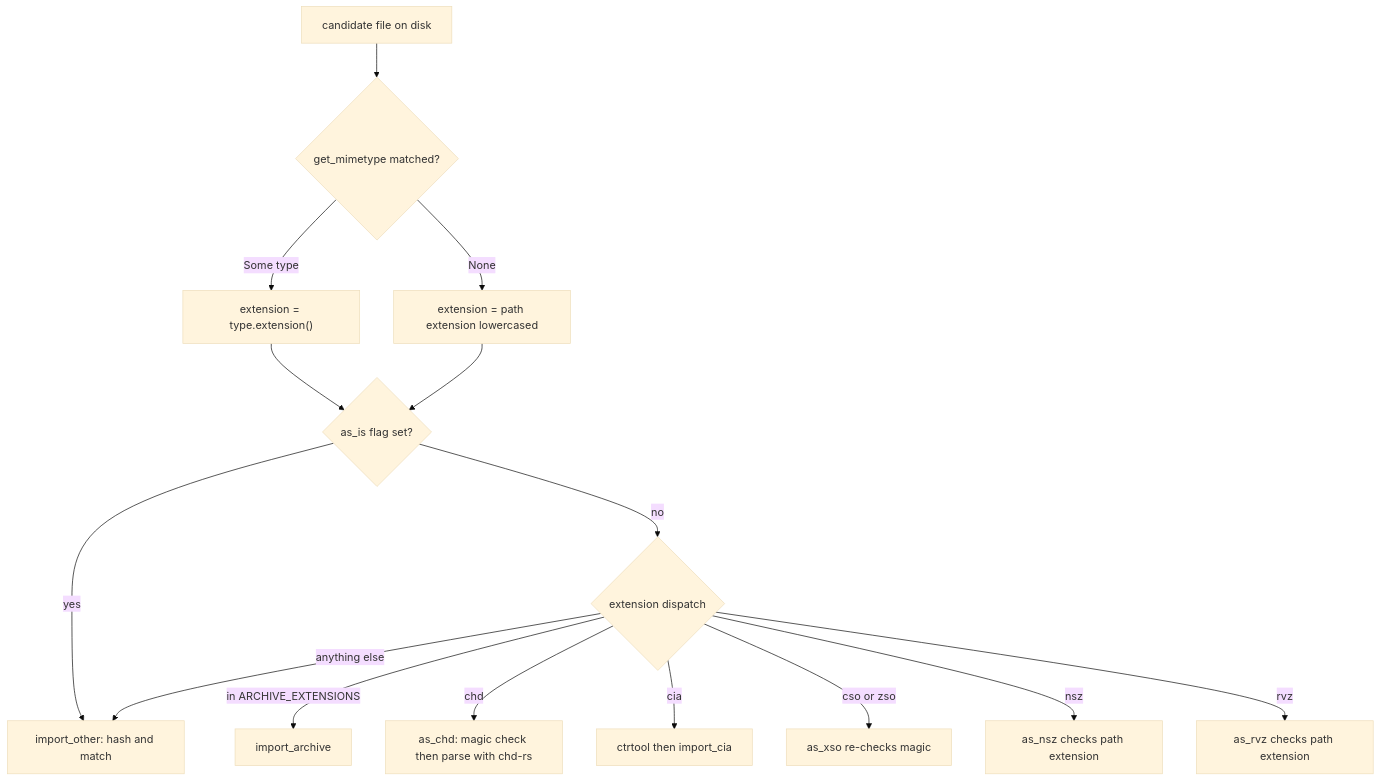
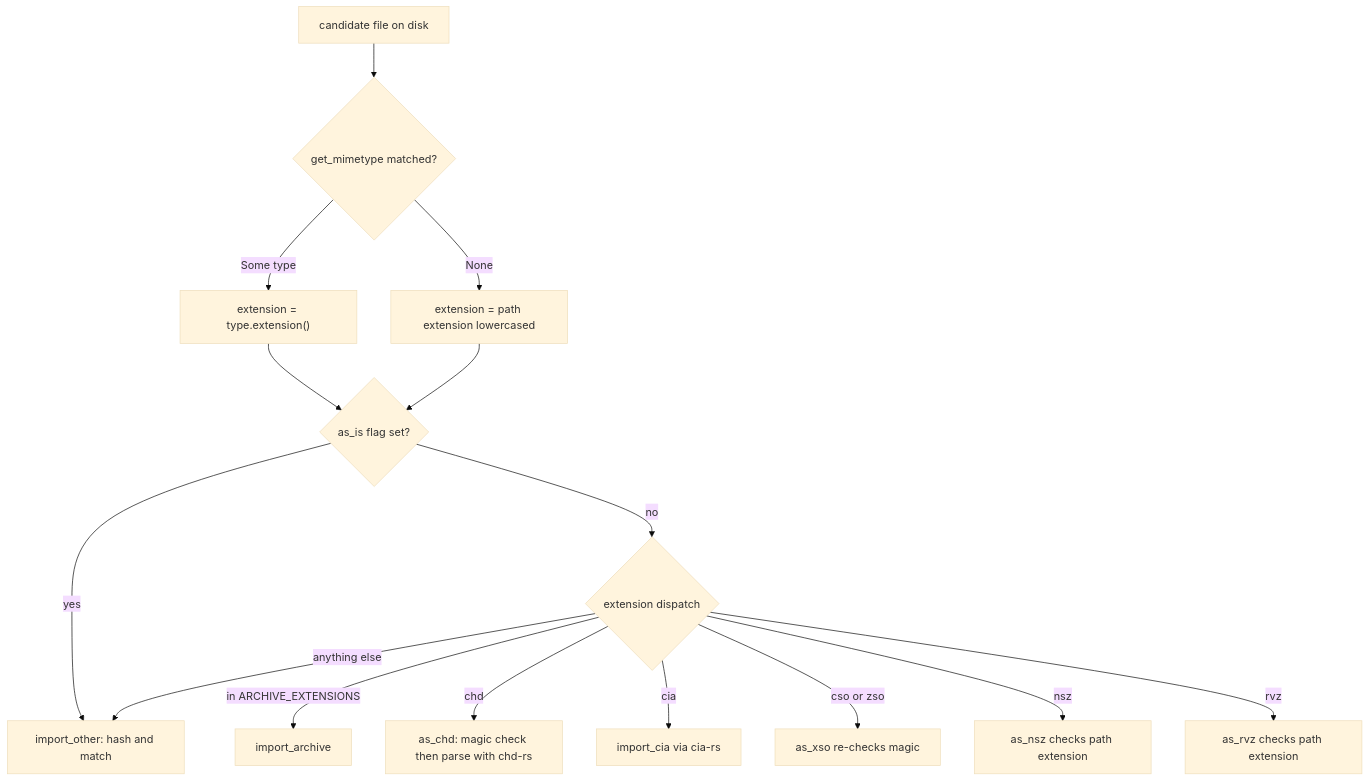
One commit to alucryd/oxyromon changed the diagram in openwiki/concepts/file-type-detection-and-extensions.md. Above: the diagram before and after it, drawn with Mermaid (base theme). The commit also changed other lines of this file and 108 other files, not shown here.

````diff
--- a/openwiki/concepts/file-type-detection-and-extensions.md
+++ b/openwiki/concepts/file-type-detection-and-extensions.md
@@ -174,17 +174,17 @@
 ```mermaid
 flowchart TD
     F["candidate file on disk"] --> Q{"get_mimetype matched?"}
     Q -- "Some type" --> E1["extension = type.extension()"]
     Q -- "None" --> E2["extension = path extension lowercased"]
     E1 --> AS{"as_is flag set?"}
     E2 --> AS
     AS -- "yes" --> O["import_other: hash and match"]
     AS -- "no" --> D{"extension dispatch"}
     D -- "in ARCHIVE_EXTENSIONS" --> A["import_archive"]
     D -- "chd" --> C["as_chd: magic check then parse with chd-rs"]
-    D -- "cia" --> CIA["ctrtool then import_cia"]
+    D -- "cia" --> CIA["import_cia via cia-rs"]
     D -- "cso or zso" --> X["as_xso re-checks magic"]
     D -- "nsz" --> N["as_nsz checks path extension"]
     D -- "rvz" --> R["as_rvz checks path extension"]
     D -- "anything else" --> O
 ```
````
